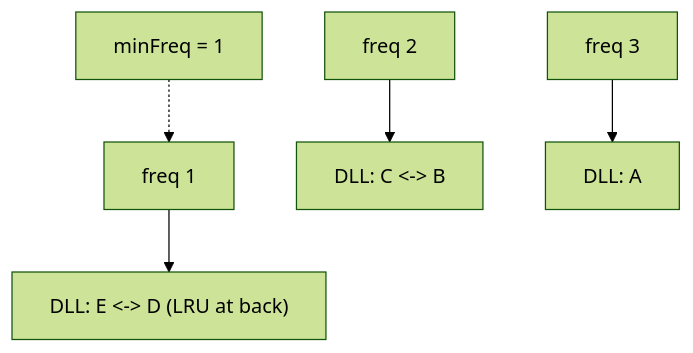
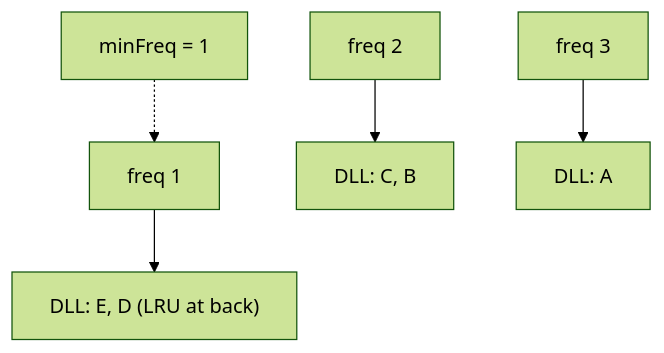
Before and after one commit to PaulSayantan/grokking-interview: the second of 4 diagrams in topics/dsa-coding/design-data-structures/concepts.md, drawn with Mermaid (forest theme). The commit also changed other lines of this file and 122 other files, not shown here.

````diff
--- a/topics/dsa-coding/design-data-structures/concepts.md
+++ b/topics/dsa-coding/design-data-structures/concepts.md
@@ -147,7 +168,7 @@
 ```mermaid
 graph TD
-    F1["freq 1"] --> L1["DLL: E &lt;-&gt; D (LRU at back)"]
-    F2["freq 2"] --> L2["DLL: C &lt;-&gt; B"]
+    F1["freq 1"] --> L1["DLL: E, D (LRU at back)"]
+    F2["freq 2"] --> L2["DLL: C, B"]
     F3["freq 3"] --> L3["DLL: A"]
     MIN["minFreq = 1"] -.-> F1
 ```
````
